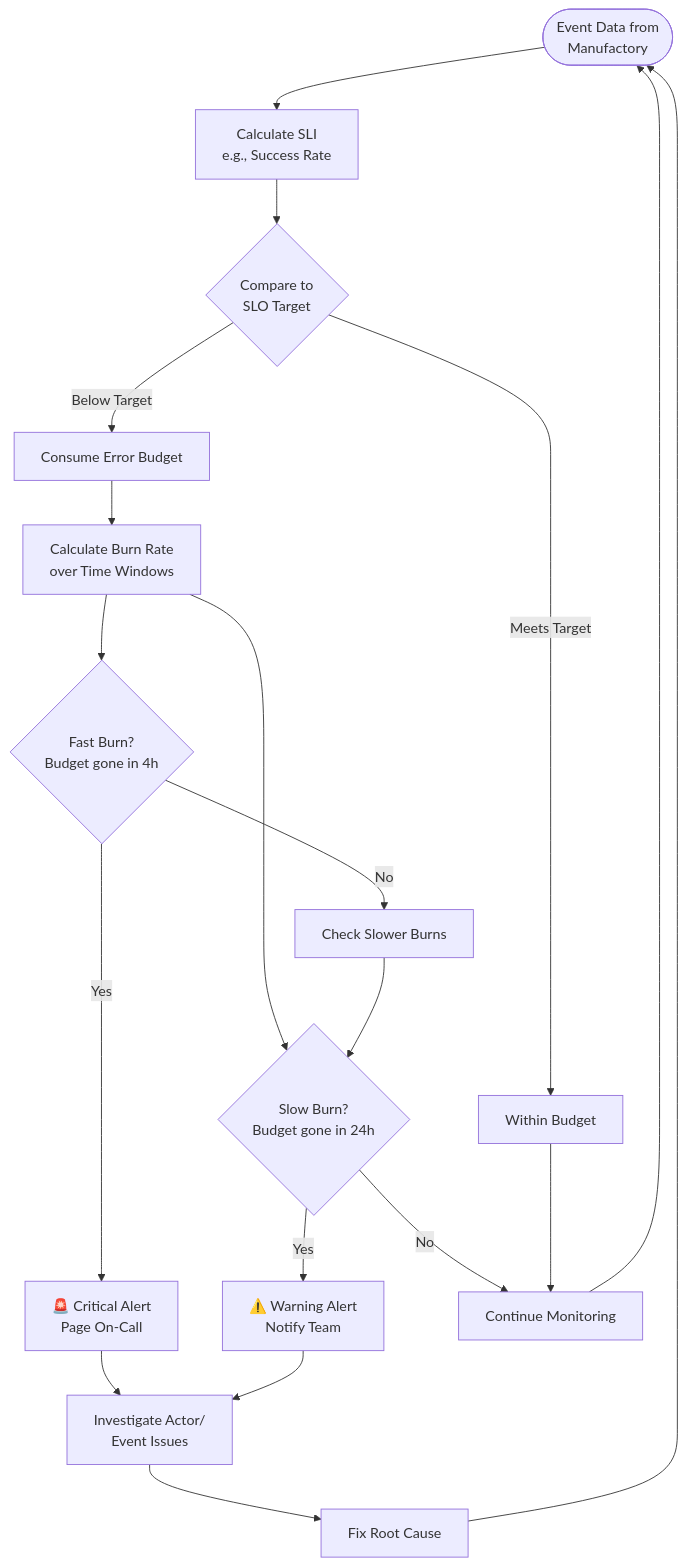
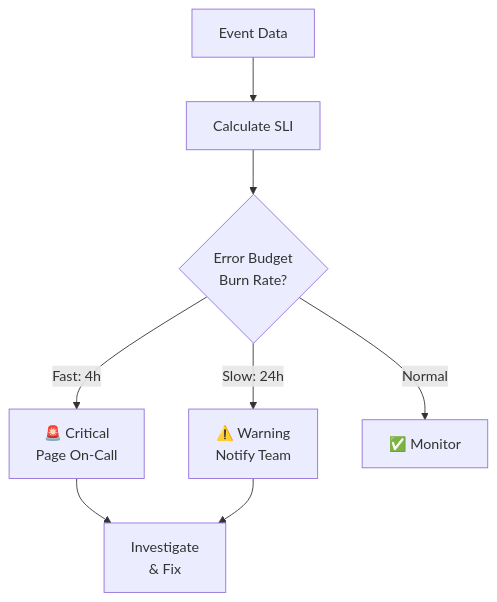
The diagram in src/content/docs/manufactory/best-practices/setting-up-alerts-and-slos.mdx (tallyfy/documentation), drawn with Mermaid before and after one commit. The commit also changed 5 other files, not shown here.

First line of the commit message:
Fix remaining complex Mermaid diagrams for readability

````diff
--- a/src/content/docs/manufactory/best-practices/setting-up-alerts-and-slos.mdx
+++ b/src/content/docs/manufactory/best-practices/setting-up-alerts-and-slos.mdx
@@ -68,34 +68,15 @@
 ```mermaid
 flowchart TD
-    Start([Event Data from<br/>Manufactory]) --> SLI[Calculate SLI<br/>e.g., Success Rate]
+    Events[Event Data] --> SLI[Calculate SLI]
+    SLI --> Budget{Error Budget<br/>Burn Rate?}
     
-    SLI --> Compare{Compare to<br/>SLO Target}
+    Budget -->|Fast: 4h| Critical[🚨 Critical<br/>Page On-Call]
+    Budget -->|Slow: 24h| Warning[⚠️ Warning<br/>Notify Team]
+    Budget -->|Normal| OK[✅ Monitor]
     
-    Compare -->|Below Target| Consume[Consume Error Budget]
-    Compare -->|Meets Target| OK[Within Budget]
-    
-    Consume --> BurnCalc[Calculate Burn Rate<br/>over Time Windows]
-    
-    BurnCalc --> FastBurn{Fast Burn?<br/>Budget gone in 4h}
-    BurnCalc --> SlowBurn{Slow Burn?<br/>Budget gone in 24h}
-    
-    FastBurn -->|Yes| Critical[🚨 Critical Alert<br/>Page On-Call]
-    FastBurn -->|No| CheckSlow
-    
-    SlowBurn -->|Yes| Warning[⚠️ Warning Alert<br/>Notify Team]
-    SlowBurn -->|No| Monitor[Continue Monitoring]
-    
-    CheckSlow[Check Slower Burns] --> SlowBurn
-    
-    Critical --> Investigate[Investigate Actor/<br/>Event Issues]
-    Warning --> Investigate
-    
-    Investigate --> Fix[Fix Root Cause]
-    Fix --> Start
-    
-    OK --> Monitor
-    Monitor --> Start
+    Critical --> Fix[Investigate<br/>& Fix]
+    Warning --> Fix
     
     click SLI "/products/manufactory/best-practices/what-is-observability/" "Learn about observability"
-    click Investigate "/products/manufactory/actors/" "Understanding Manufactory actors"
+    click Fix "/products/manufactory/actors/" "Understanding Manufactory actors"
 ```
````
